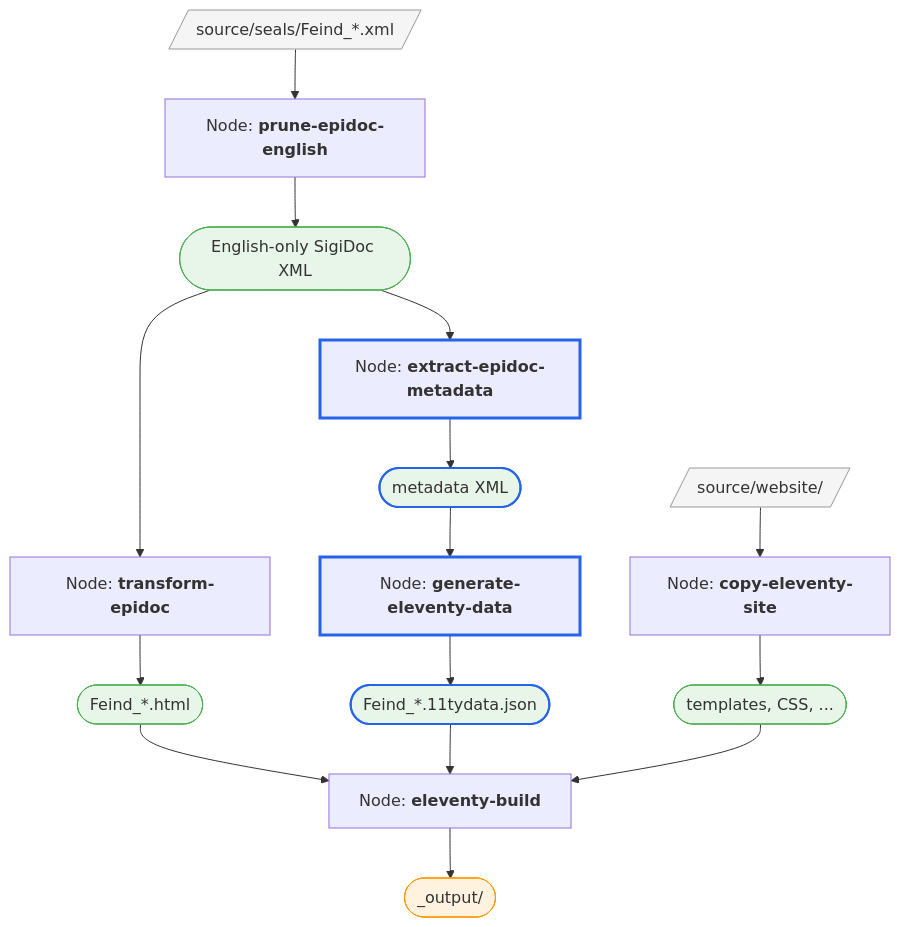
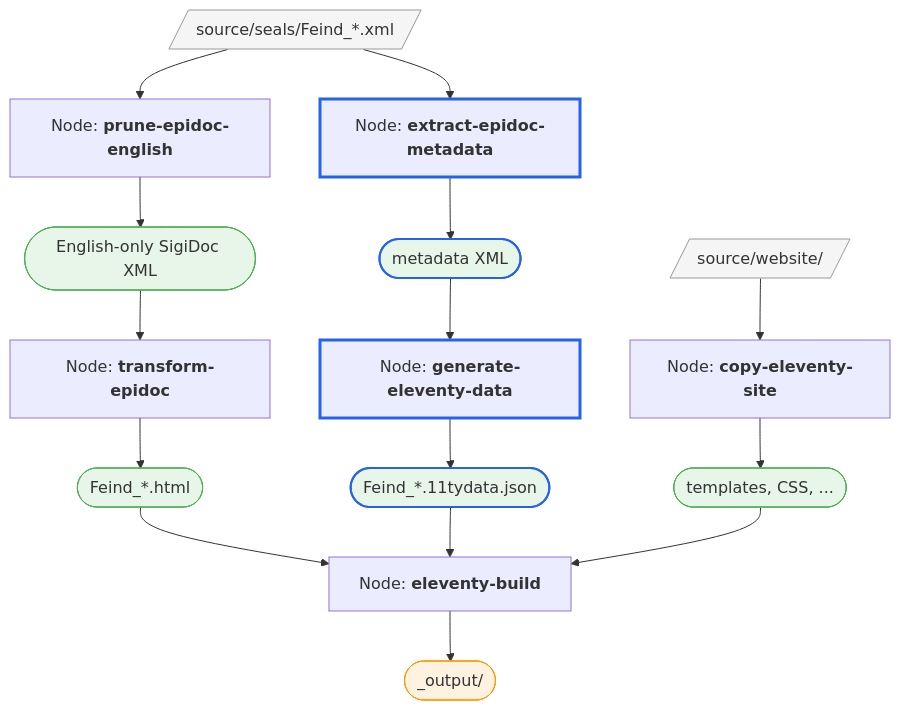
Before and after one commit to olvidalo/efes-ng-prototype: the second of 2 diagrams in docs/tutorial/metadata-and-data.md, drawn with Mermaid. The commit also changed other lines of this file and 12 other files, not shown here.

````diff
--- a/docs/tutorial/metadata-and-data.md
+++ b/docs/tutorial/metadata-and-data.md
@@ -169,43 +170,43 @@
 ```mermaid
 flowchart TD
   seals[/"source/seals/Feind_*.xml"/]
   templates[/"source/website/"/]
 
   prune["Node: <b>prune-epidoc-english</b>"]
   transform["Node: <b>transform-epidoc</b>"]
   extract["Node: <b>extract-epidoc-metadata</b>"]
   data["Node: <b>generate-eleventy-data</b>"]
   copy["Node: <b>copy-eleventy-site</b>"]
   build["Node: <b>eleventy-build</b>"]
 
   pruned(["English-only SigiDoc XML"])
   html(["Feind_*.html"])
   meta(["metadata XML"])
   json(["Feind_*.11tydata.json"])
   site(["templates, CSS, ..."])
   output(["_output/"])
 
   seals --> prune --> pruned
+  seals --> extract --> meta
   pruned --> transform --> html
-  pruned --> extract --> meta
   meta --> data --> json
   templates --> copy --> site
 
   html --> build
   json --> build
   site --> build
   build --> output
 
   style seals fill:#f5f5f5,stroke:#999
   style templates fill:#f5f5f5,stroke:#999
   style pruned fill:#e8f5e9,stroke:#4caf50
   style html fill:#e8f5e9,stroke:#4caf50
   style meta fill:#e8f5e9,stroke:#4caf50
   style json fill:#e8f5e9,stroke:#4caf50
   style site fill:#e8f5e9,stroke:#4caf50
   style output fill:#fff3e0,stroke:#ff9800
   style extract stroke:#2563eb,stroke-width:3px
   style data stroke:#2563eb,stroke-width:3px
   style meta stroke:#2563eb,stroke-width:2px
   style json stroke:#2563eb,stroke-width:2px
 ```
````
